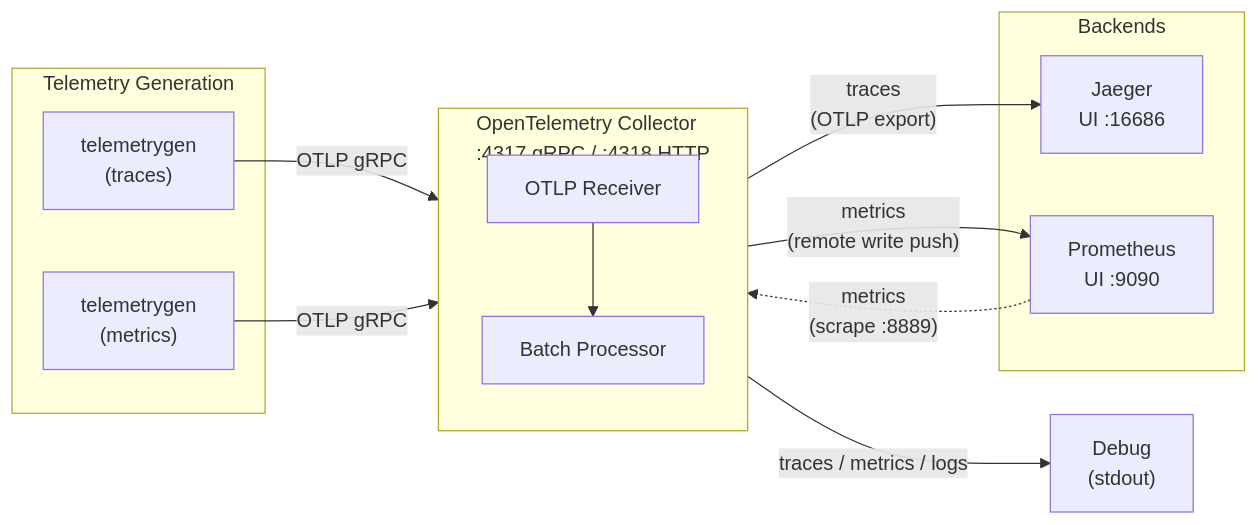
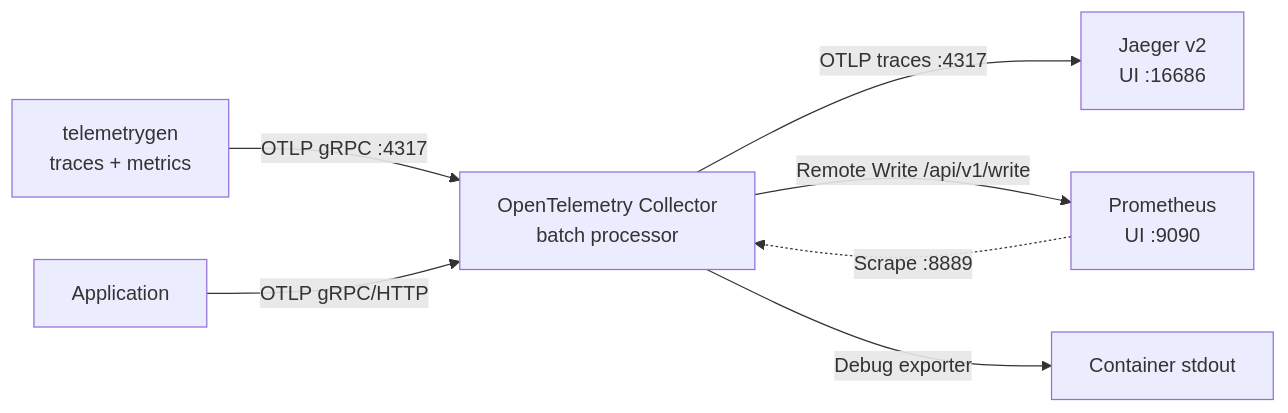
One commit to ks6088ts/template-terraform changed the diagram in infra/scenarios/azure_kubernetes_playground/examples/otel_local/README.md. Above: the diagram before and after it, drawn with Mermaid. The commit also changed other lines of this file and 28 other files, not shown here.

First line of the commit message:
Enhance OpenTelemetry Kubernetes and Local Deployments

````diff
--- a/infra/scenarios/azure_kubernetes_playground/examples/otel_local/README.md
+++ b/infra/scenarios/azure_kubernetes_playground/examples/otel_local/README.md
@@ -11,27 +24,9 @@
 ```mermaid
 flowchart LR
-    subgraph Generators["Telemetry Generation"]
-        GenTraces["telemetrygen<br/>(traces)"]
-        GenMetrics["telemetrygen<br/>(metrics)"]
-    end
-
-    subgraph Collector["OpenTelemetry Collector<br/>:4317 gRPC / :4318 HTTP"]
-        direction TB
-        OTLP_IN["OTLP Receiver"]
-        Batch["Batch Processor"]
-        OTLP_IN --> Batch
-    end
-
-    subgraph Backends["Backends"]
-        Jaeger["Jaeger<br/>UI :16686"]
-        Prometheus["Prometheus<br/>UI :9090"]
-    end
-
-    GenTraces -- "OTLP gRPC" --> OTLP_IN
-    GenMetrics -- "OTLP gRPC" --> OTLP_IN
-
-    Batch -- "traces<br/>(OTLP export)" --> Jaeger
-    Batch -- "metrics<br/>(remote write push)" --> Prometheus
-    Prometheus -. "metrics<br/>(scrape :8889)" .-> Batch
-    Batch -- "traces / metrics / logs" --> Debug["Debug<br/>(stdout)"]
+    TG["telemetrygen<br/>traces + metrics"] -->|OTLP gRPC :4317| COL["OpenTelemetry Collector<br/>batch processor"]
+    APP["Application"] -->|OTLP gRPC/HTTP| COL
+    COL -->|OTLP traces :4317| J["Jaeger v2<br/>UI :16686"]
+    COL -->|Remote Write /api/v1/write| P["Prometheus<br/>UI :9090"]
+    P -.->|Scrape :8889| COL
+    COL -->|Debug exporter| LOG["Container stdout"]
 ```
````
